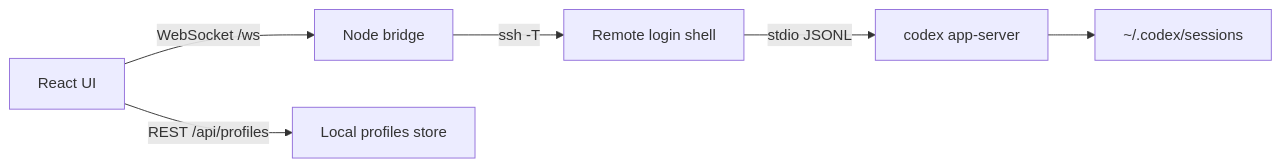
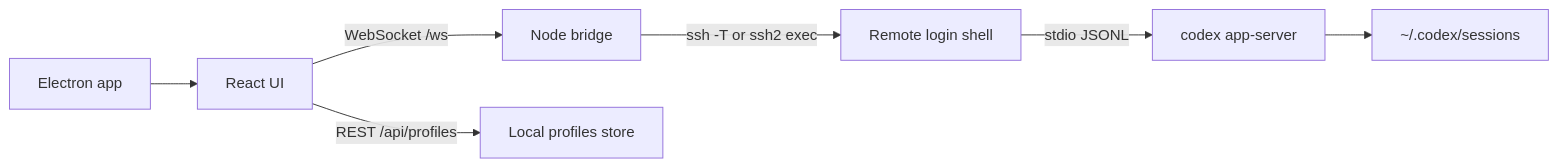
Before and after one commit to rub1kub/codex-remote-console: the diagram in README.md, drawn with Mermaid. The commit also changed other lines of this file and 11 other files, not shown here.

Commit message:
Add Electron desktop shell

````diff
--- a/README.md
+++ b/README.md
@@ -42,8 +71,9 @@
 ```mermaid
 flowchart LR
-  Browser["React UI"] -->|WebSocket /ws| Node["Node bridge"]
-  Browser -->|REST /api/profiles| Profiles["Local profiles store"]
-  Node -->|ssh -T| Remote["Remote login shell"]
+  Electron["Electron app"] --> UI["React UI"]
+  UI -->|WebSocket /ws| Node["Node bridge"]
+  UI -->|REST /api/profiles| Profiles["Local profiles store"]
+  Node -->|ssh -T or ssh2 exec| Remote["Remote login shell"]
   Remote -->|stdio JSONL| AppServer["codex app-server"]
   AppServer --> Sessions["~/.codex/sessions"]
 ```
````
